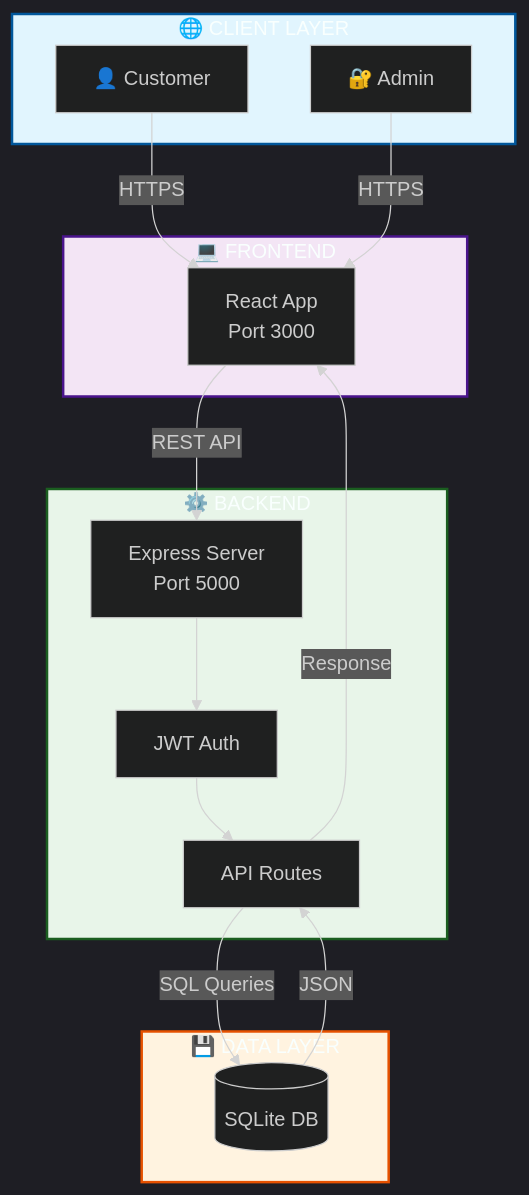
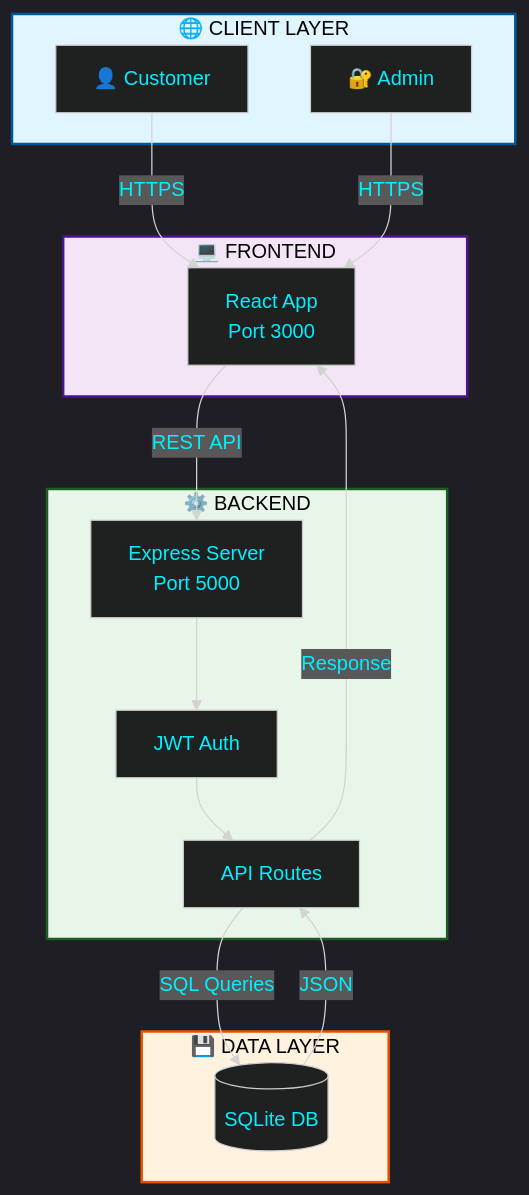
Before and after one commit to OmNinave/E-commerce: the diagram in README.md, drawn with Mermaid. The commit also changed other lines of this file, not shown here.

````diff
--- a/README.md
+++ b/README.md
@@ -132,36 +132,36 @@
 ```mermaid
-%%{init: {'theme':'dark'}}%%
+%%{init: {'theme':'dark', 'themeVariables': {'primaryTextColor':'#00F0FF', 'secondaryTextColor':'#00F0FF', 'tertiaryTextColor':'#00F0FF', 'textColor':'#00F0FF'}}}%%
 graph TB
     subgraph Client["🌐 CLIENT LAYER"]
         A[👤 Customer]
         B[🔐 Admin]
     end
     
     subgraph Frontend["💻 FRONTEND"]
         C[React App<br/>Port 3000]
     end
     
     subgraph Backend["⚙️ BACKEND"]
         D[Express Server<br/>Port 5000]
         E[JWT Auth]
         F[API Routes]
     end
     
     subgraph Data["💾 DATA LAYER"]
         G[(SQLite DB)]
     end
     
     A -->|HTTPS| C
     B -->|HTTPS| C
     C -->|REST API| D
     D --> E
     E --> F
     F -->|SQL Queries| G
     G -->|JSON| F
     F -->|Response| C
     
-    style Client fill:#e1f5fe,stroke:#01579b,stroke-width:2px
-    style Frontend fill:#f3e5f5,stroke:#4a148c,stroke-width:2px
-    style Backend fill:#e8f5e9,stroke:#1b5e20,stroke-width:2px
-    style Data fill:#fff3e0,stroke:#e65100,stroke-width:2px
+    style Client fill:#e1f5fe,stroke:#01579b,stroke-width:2px,color:#000000
+    style Frontend fill:#f3e5f5,stroke:#4a148c,stroke-width:2px,color:#000000
+    style Backend fill:#e8f5e9,stroke:#1b5e20,stroke-width:2px,color:#000000
+    style Data fill:#fff3e0,stroke:#e65100,stroke-width:2px,color:#000000
 ```
````
